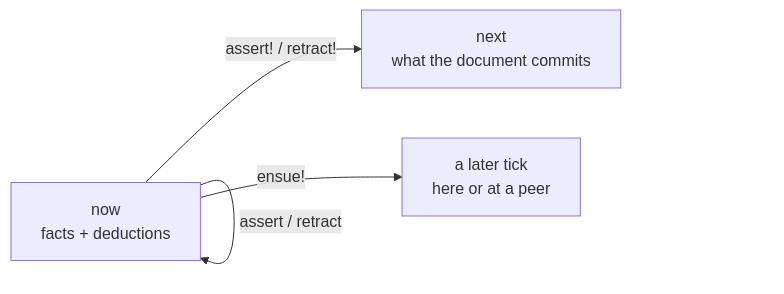
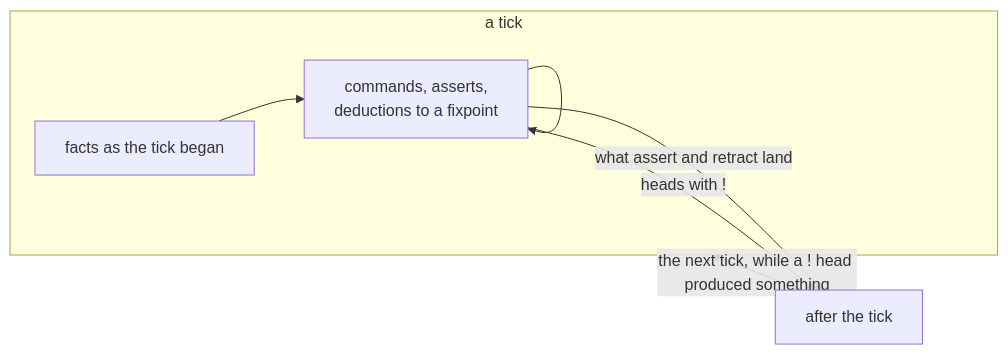
One commit to dialog-db/dialog-db changed the diagram in research/notation/design.md. Above: the diagram before and after it, drawn with Mermaid. The commit also changed other lines of this file and 2 other files, not shown here.

````diff
--- a/research/notation/design.md
+++ b/research/notation/design.md
@@ -17,6 +16,10 @@
 ```mermaid
 flowchart LR
-  now["now<br/>facts + deductions"] -- "assert! / retract!" --> next["next<br/>what the document commits"]
-  now -- "ensue!" --> later["a later tick<br/>here or at a peer"]
-  now -- "assert / retract" --> now
+  subgraph tick["a tick"]
+    start["facts as the tick began"] --> derive["commands, asserts,<br/>deductions to a fixpoint"]
+    derive --> derive
+  end
+  derive -- "what assert and retract land" --> after["after the tick"]
+  derive -- "heads with !" --> after
+  after -- "the next tick, while a ! head produced something" --> tick
 ```
````
